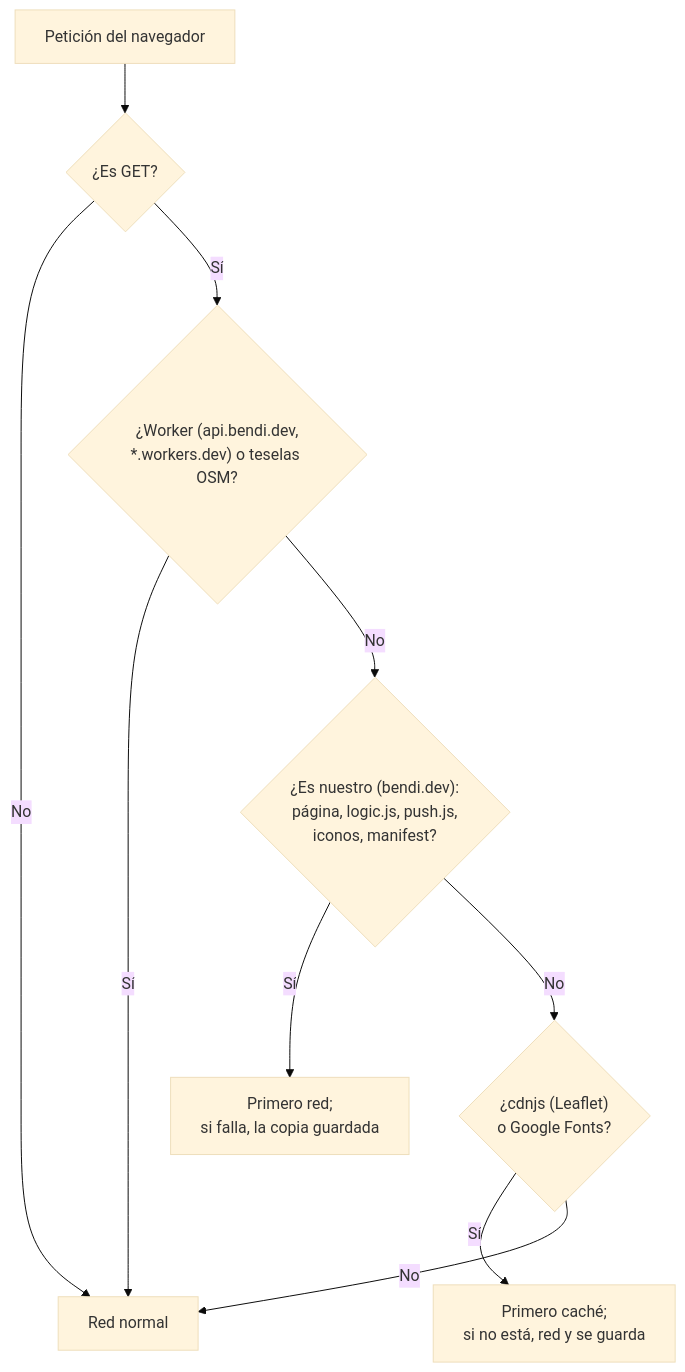
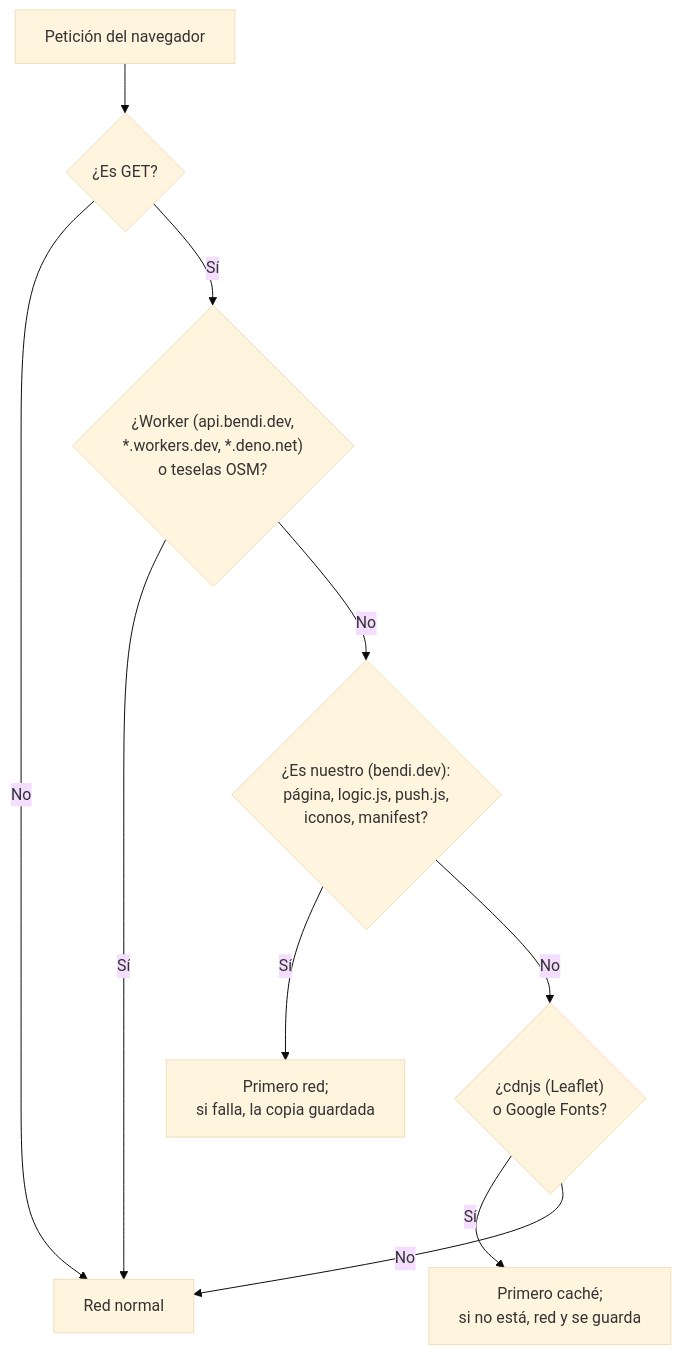
Before and after one commit to serbenda/marquesina: diagram 27 of 33 in docs/REFERENCIA.md, drawn with Mermaid (base theme). The commit also changed other lines of this file and 19 other files, not shown here.

````diff
--- a/docs/REFERENCIA.md
+++ b/docs/REFERENCIA.md
@@ -796,12 +798,12 @@
 ```mermaid
 flowchart TB
   A["Petición del navegador"] --> B{"¿Es GET?"}
   B -- "No" --> NET["Red normal"]
-  B -- "Sí" --> C{"¿Worker (api.bendi.dev,<br/>*.workers.dev) o teselas OSM?"}
+  B -- "Sí" --> C{"¿Worker (api.bendi.dev,<br/>*.workers.dev, *.deno.net)<br/>o teselas OSM?"}
   C -- "Sí" --> NET
   C -- "No" --> D{"¿Es nuestro (bendi.dev):<br/>página, logic.js, push.js,<br/>iconos, manifest?"}
   D -- "Sí" --> E["Primero red;<br/>si falla, la copia guardada"]
   D -- "No" --> F{"¿cdnjs (Leaflet)<br/>o Google Fonts?"}
   F -- "Sí" --> G["Primero caché;<br/>si no está, red y se guarda"]
   F -- "No" --> NET
 ```
````
